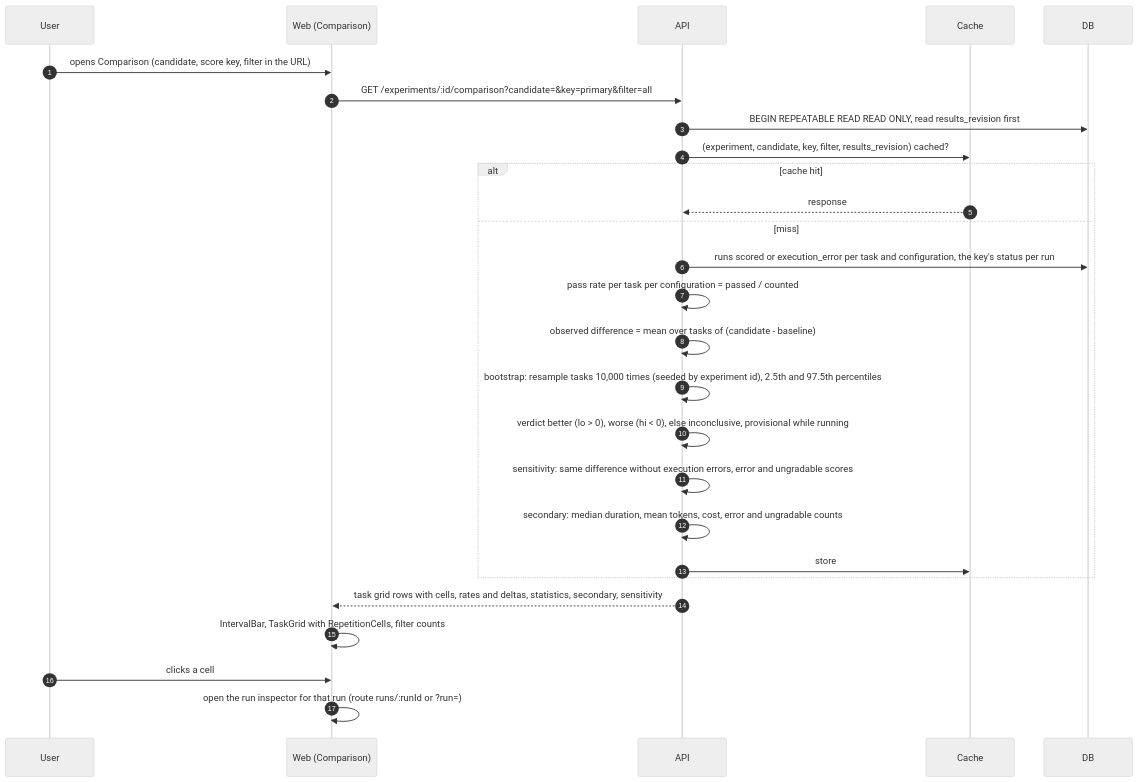
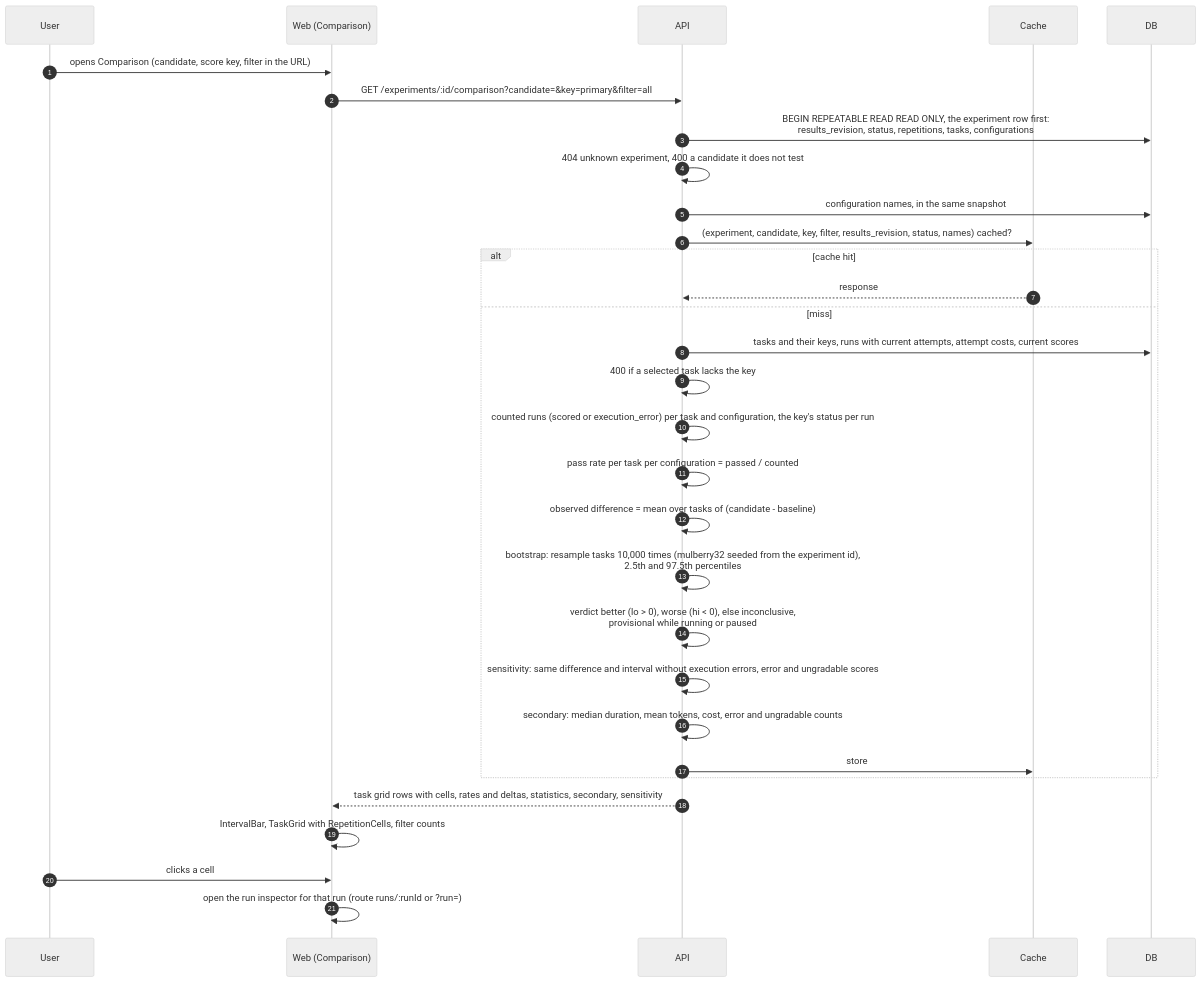
Before and after one commit to sasuke007/hermes-evals: diagram 35 of 38 in UI_FLOWS.md, drawn with Mermaid (neutral theme). The commit also changed other lines of this file and 164 other files, not shown here.

````diff
--- a/UI_FLOWS.md
+++ b/UI_FLOWS.md
@@ -1277,30 +1290,34 @@
 ```mermaid
 sequenceDiagram
   autonumber
   participant U as User
   participant W as Web (Comparison)
   participant A as API
   participant C as Cache
   participant DB as DB
 
   U->>W: opens Comparison (candidate, score key, filter in the URL)
   W->>A: GET /experiments/:id/comparison?candidate=&key=primary&filter=all
-  A->>DB: BEGIN REPEATABLE READ READ ONLY, read results_revision first
-  A->>C: (experiment, candidate, key, filter, results_revision) cached?
+  A->>DB: BEGIN REPEATABLE READ READ ONLY, the experiment row first:<br/>results_revision, status, repetitions, tasks, configurations
+  A->>A: 404 unknown experiment, 400 a candidate it does not test
+  A->>DB: configuration names, in the same snapshot
+  A->>C: (experiment, candidate, key, filter, results_revision, status, names) cached?
   alt cache hit
     C-->>A: response
   else miss
-    A->>DB: runs scored or execution_error per task and configuration, the key's status per run
+    A->>DB: tasks and their keys, runs with current attempts, attempt costs, current scores
+    A->>A: 400 if a selected task lacks the key
+    A->>A: counted runs (scored or execution_error) per task and configuration, the key's status per run
     A->>A: pass rate per task per configuration = passed / counted
     A->>A: observed difference = mean over tasks of (candidate - baseline)
-    A->>A: bootstrap: resample tasks 10,000 times (seeded by experiment id), 2.5th and 97.5th percentiles
-    A->>A: verdict better (lo > 0), worse (hi < 0), else inconclusive, provisional while running
-    A->>A: sensitivity: same difference without execution errors, error and ungradable scores
+    A->>A: bootstrap: resample tasks 10,000 times (mulberry32 seeded from the experiment id),<br/>2.5th and 97.5th percentiles
+    A->>A: verdict better (lo > 0), worse (hi < 0), else inconclusive,<br/>provisional while running or paused
+    A->>A: sensitivity: same difference and interval without execution errors, error and ungradable scores
     A->>A: secondary: median duration, mean tokens, cost, error and ungradable counts
     A->>C: store
   end
   A-->>W: task grid rows with cells, rates and deltas, statistics, secondary, sensitivity
   W->>W: IntervalBar, TaskGrid with RepetitionCells, filter counts
   U->>W: clicks a cell
   W->>W: open the run inspector for that run (route runs/:runId or ?run=)
 ```
````
